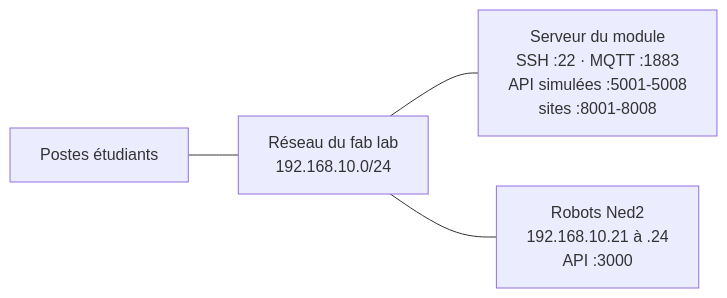
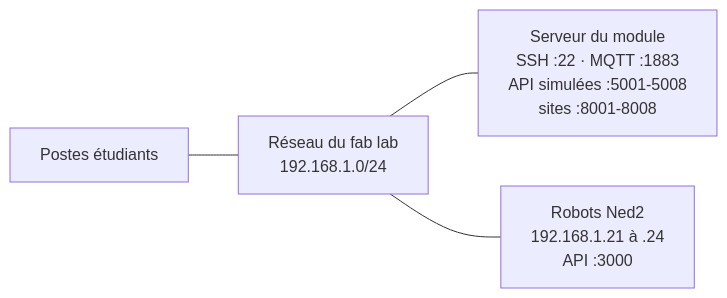
One commit to fabrice1618/niryo2 changed the diagram in progression_pedagogique/img/src/reseau.mmd. Above: the diagram before and after it, drawn with Mermaid. The commit also changed 45 other files, not shown here.

First line of the commit message:
Plan d'adressage du fab lab 192.168.1.0/24, routeurs Wi-Fi fournis, fiche ISTP

```diff
--- a/progression_pedagogique/img/src/reseau.mmd
+++ b/progression_pedagogique/img/src/reseau.mmd
@@ -1,4 +1,4 @@
 flowchart LR
-    PE["Postes étudiants"] --- SW["Réseau du fab lab<br/>192.168.10.0/24"]
+    PE["Postes étudiants"] --- SW["Réseau du fab lab<br/>192.168.1.0/24"]
     SW --- SV["Serveur du module<br/>SSH :22 · MQTT :1883<br/>API simulées :5001-5008<br/>sites :8001-8008"]
-    SW --- ROB["Robots Ned2<br/>192.168.10.21 à .24<br/>API :3000"]
+    SW --- ROB["Robots Ned2<br/>192.168.1.21 à .24<br/>API :3000"]
```
